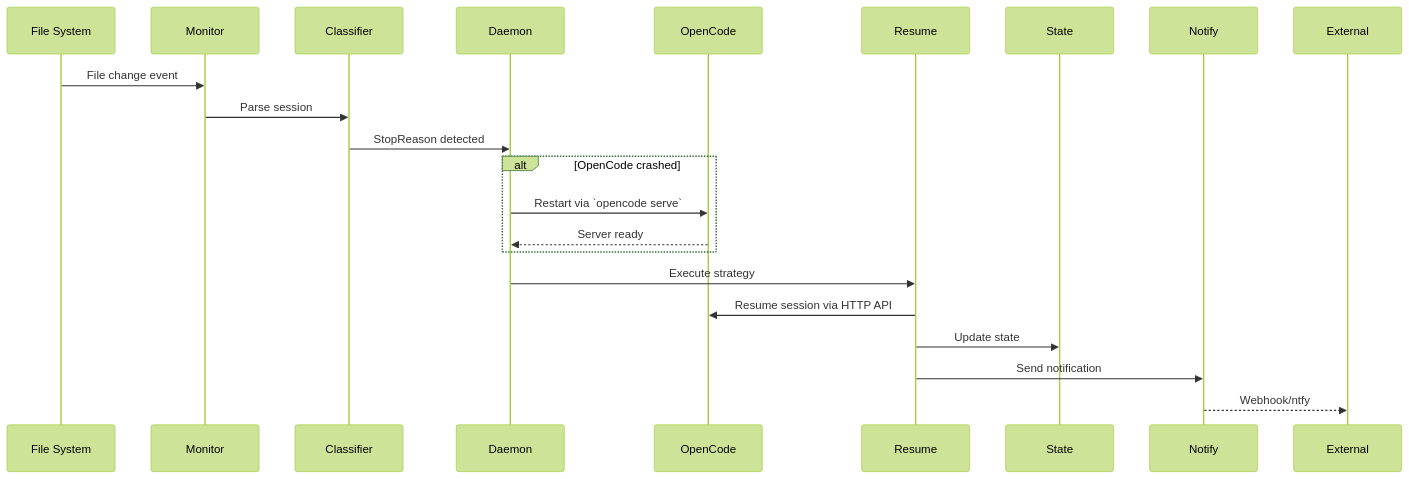
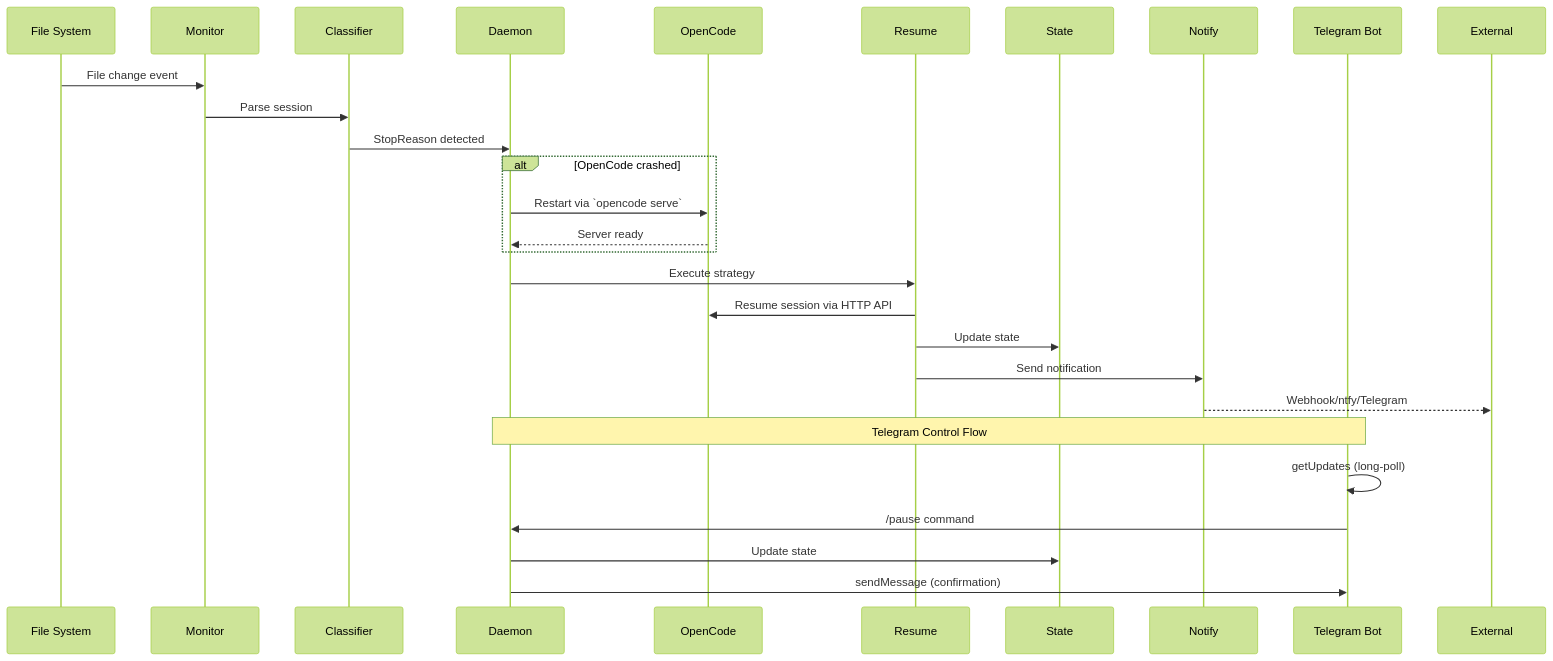
The third of 3 diagrams in _bmad-output/planning-artifacts/architecture.md (Jack-R-Hong/palingenesis), drawn with Mermaid (forest theme) before and after one commit. The commit also changed other lines of this file and 2 other files, not shown here.

First line of the commit message:
add bi-directional Telegram bot to PRD, architecture, and epics

````diff
--- a/_bmad-output/planning-artifacts/architecture.md
+++ b/_bmad-output/planning-artifacts/architecture.md
@@ -720,24 +781,31 @@
 ```mermaid
 sequenceDiagram
     participant FS as File System
     participant M as Monitor
     participant C as Classifier
     participant D as Daemon
     participant OC as OpenCode
     participant R as Resume
     participant S as State
     participant N as Notify
+    participant TG as Telegram Bot
     
     FS->>M: File change event
     M->>C: Parse session
     C->>D: StopReason detected
     alt OpenCode crashed
         D->>OC: Restart via `opencode serve`
         OC-->>D: Server ready
     end
     D->>R: Execute strategy
     R->>OC: Resume session via HTTP API
     R->>S: Update state
     R->>N: Send notification
-    N-->>External: Webhook/ntfy
+    N-->>External: Webhook/ntfy/Telegram
+    
+    Note over TG,D: Telegram Control Flow
+    TG->>TG: getUpdates (long-poll)
+    TG->>D: /pause command
+    D->>S: Update state
+    D->>TG: sendMessage (confirmation)
 ```
````
